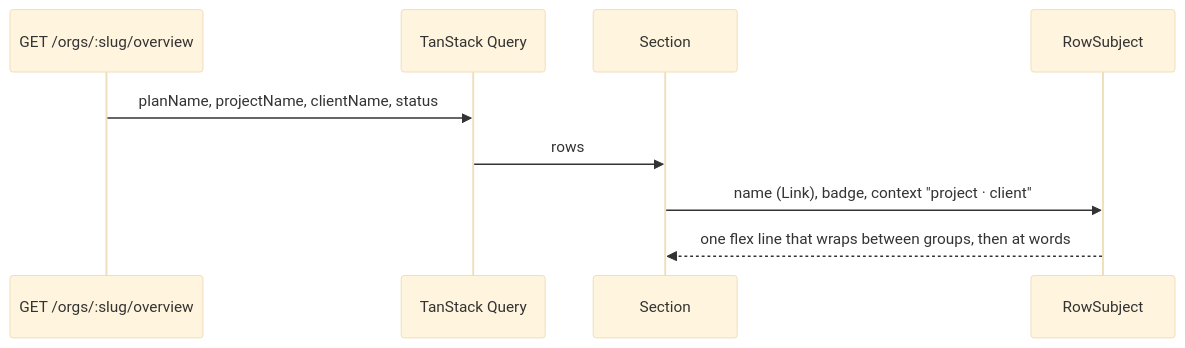
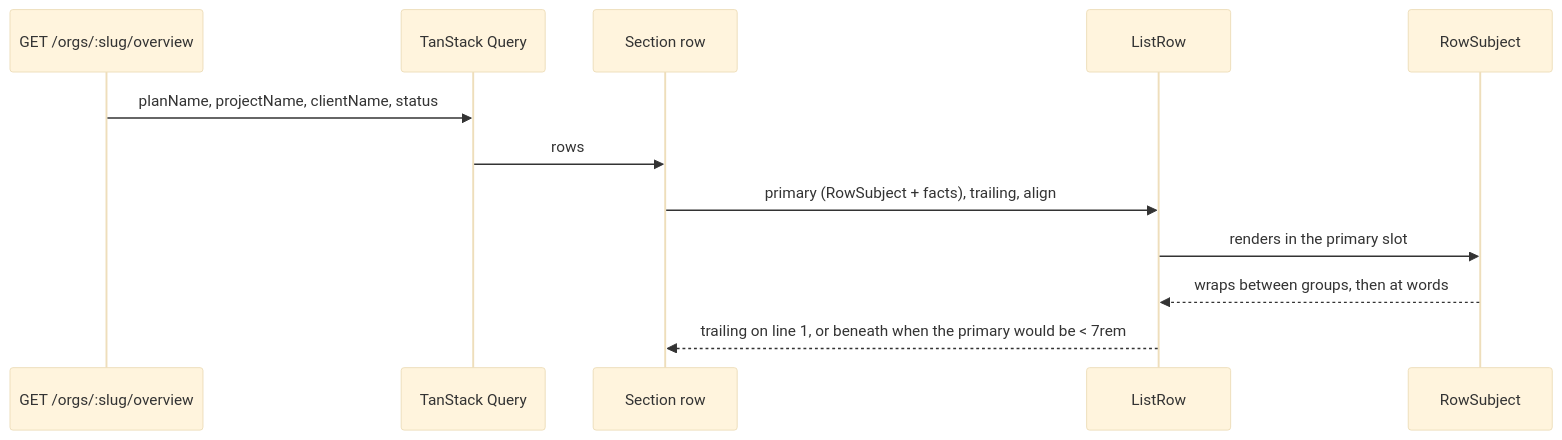
One commit to HuttonHomeHub/SchedulePoint_1 changed the second of 3 diagrams in docs/specs/row-subject-truncation/feature-spec.md. Above: the diagram before and after it, drawn with Mermaid (base theme). The commit also changed other lines of this file and 1 other file, not shown here.

First line of the commit message:
docs(docs): approve the row-subject spec after the M0 photographs (#472)

````diff
--- a/docs/specs/row-subject-truncation/feature-spec.md
+++ b/docs/specs/row-subject-truncation/feature-spec.md
@@ -375,11 +343,14 @@
 ```mermaid
 sequenceDiagram
   participant API as GET /orgs/:slug/overview
   participant Q as TanStack Query
-  participant S as Section
+  participant S as Section row
+  participant L as ListRow
   participant R as RowSubject
   API->>Q: planName, projectName, clientName, status
   Q->>S: rows
-  S->>R: name (Link), badge, context "project · client"
-  R-->>S: one flex line that wraps between groups, then at words
+  S->>L: primary (RowSubject + facts), trailing, align
+  L->>R: renders in the primary slot
+  R-->>L: wraps between groups, then at words
+  L-->>S: trailing on line 1, or beneath when the primary would be < 7rem
 ```
````
